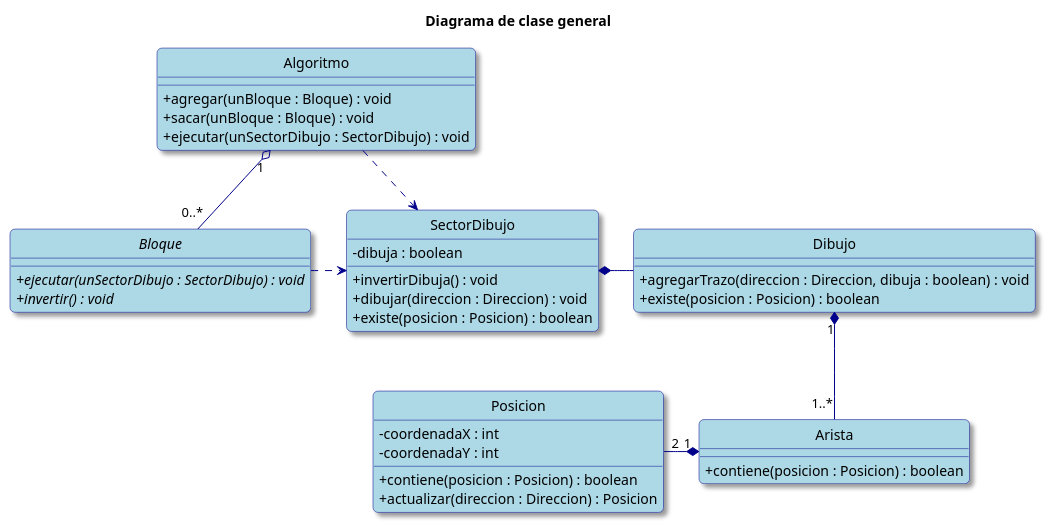
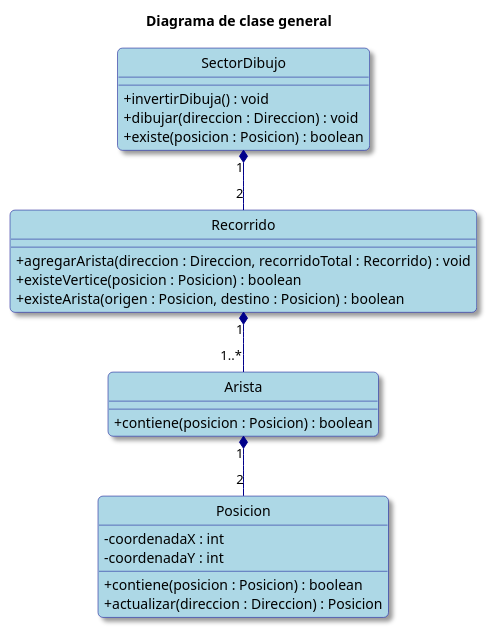
Before and after one commit to valva-ro/Algo3-TP2-AlgoBlocks: the second of 8 diagrams in diagramas-uml.puml, drawn with PlantUML. The commit also changed other lines of this file and 23 other files, not shown here.

```diff
--- a/diagramas-uml.puml
+++ b/diagramas-uml.puml
@@ -1,61 +73,47 @@
 @startuml
 hide circle
 skinparam classAttributeIconSize 0
 skinparam backgroundColor White
 skinparam RoundCorner 10
 skinparam Shadowing true
 
 skinparam class {
     ArrowColor DarkBlue
     BackgroundColor LightBlue
     BorderColor DarkBlue
 }
 
 skinparam note {
     BackgroundColor LightYellow
     BorderColor DarkBlue
 }
 
 title Diagrama de clase general
 
-interface Bloque {
-    + {abstract} ejecutar(unSectorDibujo : SectorDibujo) : void
-    + {abstract} invertir() : void
-}
 
 class SectorDibujo {
-    - dibuja : boolean
     + invertirDibuja() : void
     + dibujar(direccion : Direccion) : void
     + existe(posicion : Posicion) : boolean
 }
-
-class Algoritmo {
-    + agregar(unBloque : Bloque) : void
-    + sacar(unBloque : Bloque) : void
-    + ejecutar(unSectorDibujo : SectorDibujo) : void
-}
-
-class Dibujo {
-    + agregarTrazo(direccion : Direccion, dibuja : boolean) : void
-    + existe(posicion : Posicion) : boolean
+class Recorrido {
+    + agregarArista(direccion : Direccion, recorridoTotal : Recorrido) : void
+    + existeVertice(posicion : Posicion) : boolean
+    + existeArista(origen : Posicion, destino : Posicion) : boolean
 }
 
 class Arista {
     + contiene(posicion : Posicion) : boolean
 }
 
 class Posicion {
     - coordenadaX : int
     - coordenadaY : int
     + contiene(posicion : Posicion) : boolean
     + actualizar(direccion : Direccion) : Posicion
 }
 
-Algoritmo "1" o-- "0..*" Bloque
-Algoritmo ..> SectorDibujo
-Bloque ..right> SectorDibujo
-SectorDibujo *--right Dibujo
-Dibujo "1" *-- "1..*" Arista
-Arista "1" *--left "2" Posicion
+SectorDibujo "1" *-- "2" Recorrido
+Recorrido "1" *-- "1..*" Arista
+Arista "1" *-- "2" Posicion
 @enduml
```
